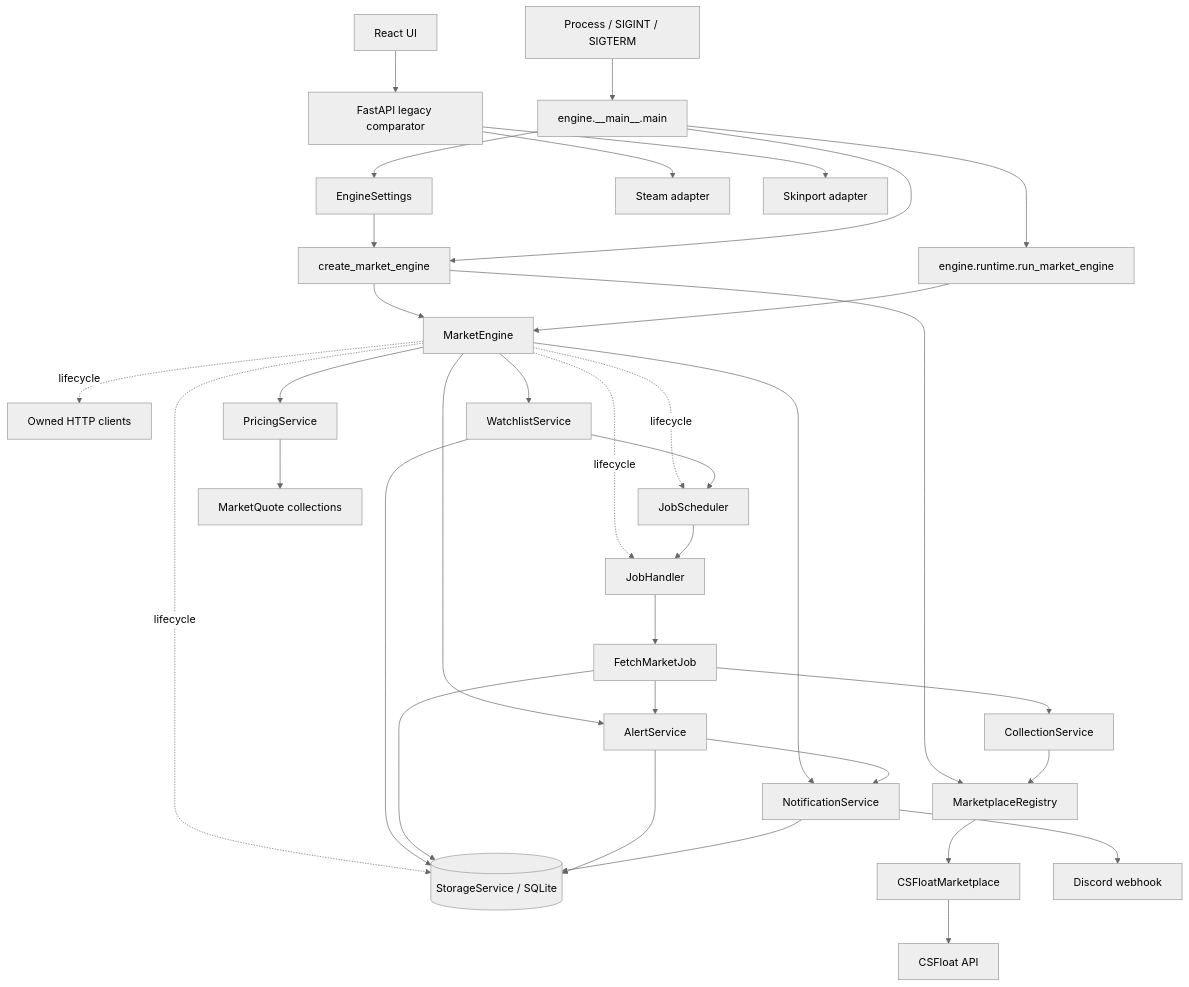
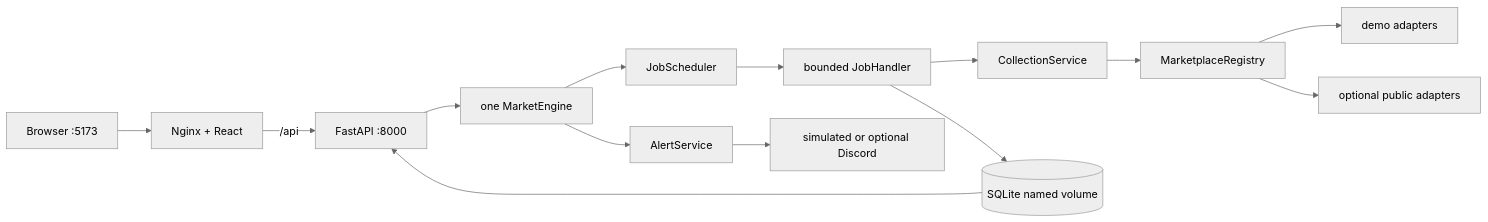
One commit to maciejL03/price-oracle changed the first of 2 diagrams in README.md. Above: the diagram before and after it, drawn with Mermaid (neutral theme). The commit also changed other lines of this file and 43 other files, not shown here.

````diff
--- a/README.md
+++ b/README.md
@@ -71,40 +91,16 @@
 ```mermaid
-flowchart TD
-    OS[Process / SIGINT / SIGTERM] --> Main[engine.__main__.main]
-    Settings[EngineSettings] --> Bootstrap[create_market_engine]
-    Main --> Settings
-    Main --> Bootstrap
-    Main --> Runtime[engine.runtime.run_market_engine]
-    Bootstrap --> Engine[MarketEngine]
-    Runtime --> Engine
-
-    Engine -. lifecycle .-> Storage[(StorageService / SQLite)]
-    Engine -. lifecycle .-> Handler[JobHandler]
-    Engine -. lifecycle .-> Scheduler[JobScheduler]
-    Engine -. lifecycle .-> Resources[Owned HTTP clients]
-    Engine --> Watchlists[WatchlistService]
-    Engine --> Pricing[PricingService]
+flowchart LR
+    Browser[Browser :5173] --> Frontend[Nginx + React]
+    Frontend -->|/api| API[FastAPI :8000]
+    API --> Engine[one MarketEngine]
+    Engine --> Scheduler[JobScheduler]
+    Scheduler --> Workers[bounded JobHandler]
+    Workers --> Collection[CollectionService]
+    Collection --> Registry[MarketplaceRegistry]
+    Registry --> Demo[demo adapters]
+    Registry --> Public[optional public adapters]
+    Workers --> Storage[(SQLite named volume)]
+    Storage --> API
     Engine --> Alerts[AlertService]
-    Engine --> Notifications[NotificationService]
-
-    Bootstrap --> Registry[MarketplaceRegistry]
-    Registry --> CSFloat[CSFloatMarketplace]
-    Watchlists --> Storage
-    Watchlists --> Scheduler
-    Scheduler --> Handler
-    Handler --> Fetch[FetchMarketJob]
-    Fetch --> Collection[CollectionService]
-    Collection --> Registry
-    CSFloat --> CSFloatAPI[CSFloat API]
-    Fetch --> Storage
-    Fetch --> Alerts
-    Alerts --> Storage
-    Alerts --> Notifications
-    Notifications --> Storage
-    Notifications --> Discord[Discord webhook]
-    Pricing --> Quotes[MarketQuote collections]
-
-    LegacyAPI[FastAPI legacy comparator] --> Steam[Steam adapter]
-    LegacyAPI --> Skinport[Skinport adapter]
-    LegacyUI[React UI] --> LegacyAPI
+    Alerts --> Notifications[simulated or optional Discord]
 ```
````
